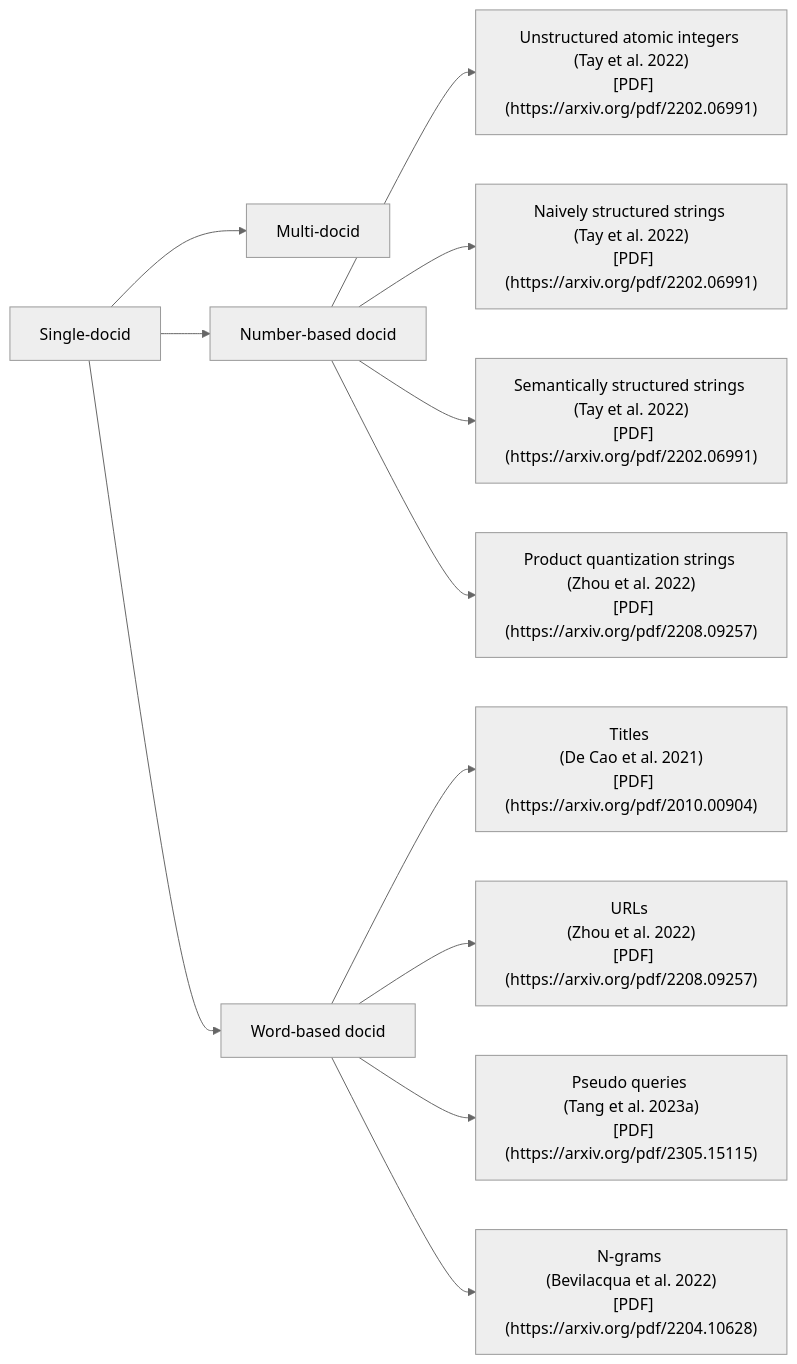
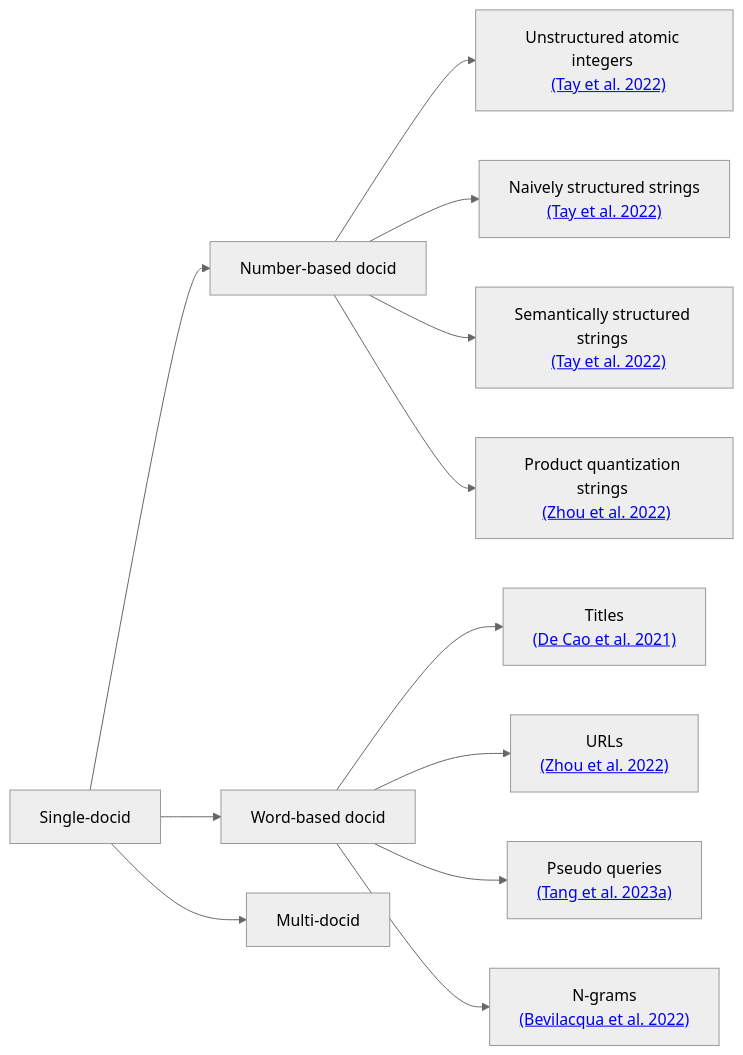
Before and after one commit to GenIR-notes/genir-notes: the diagram in docs/document_retrieval/roadmap.md, drawn with Mermaid (neutral theme). The commit also changed other lines of this file, not shown here.

````diff
--- a/docs/document_retrieval/roadmap.md
+++ b/docs/document_retrieval/roadmap.md
@@ -11,25 +11,25 @@
 ```mermaid
 flowchart LR
 
     %% Main categories
     A["Single-docid"]
-    B["Multi-docid"]
 
     A --> A1["Number-based docid"]
     A --> A2["Word-based docid"]
 
     %% Number-based docids breakdown
-    A1 --> A1a["Unstructured atomic integers <br> (Tay et al. 2022) <br> [PDF](https://arxiv.org/pdf/2202.06991)"]
-    A1 --> A1b["Naively structured strings <br> (Tay et al. 2022) <br> [PDF](https://arxiv.org/pdf/2202.06991)"]
-    A1 --> A1c["Semantically structured strings <br> (Tay et al. 2022) <br> [PDF](https://arxiv.org/pdf/2202.06991)"]
-    A1 --> A1d["Product quantization strings <br> (Zhou et al. 2022) <br> [PDF](https://arxiv.org/pdf/2208.09257)"]
+    A1 --> A1a["Unstructured atomic integers <br>  <a href='https://arxiv.org/pdf/2202.06991' target='_blank'>(Tay et al. 2022)</a>"]
+    A1 --> A1b["Naively structured strings <br>  <a href='https://arxiv.org/pdf/2202.06991' target='_blank'>(Tay et al. 2022)</a>"]
+    A1 --> A1c["Semantically structured strings <br>  <a href='https://arxiv.org/pdf/2202.06991' target='_blank'>(Tay et al. 2022)</a>"]
+    A1 --> A1d["Product quantization strings <br> <a href='https://arxiv.org/pdf/2208.09257' target='_blank'>(Zhou et al. 2022)</a>"]
 
     %% Word-based docids breakdown
-    A2 --> A2a["Titles <br> (De Cao et al. 2021) <br> [PDF](https://arxiv.org/pdf/2010.00904)"]
-    A2 --> A2b["URLs <br> (Zhou et al. 2022) <br> [PDF](https://arxiv.org/pdf/2208.09257)"]
-    A2 --> A2c["Pseudo queries <br> (Tang et al. 2023a) <br> [PDF](https://arxiv.org/pdf/2305.15115)"]
-    A2 --> A2d["N-grams <br> (Bevilacqua et al. 2022) <br> [PDF](https://arxiv.org/pdf/2204.10628)"]
+    A2 --> A2a["Titles <br> <a href='https://arxiv.org/pdf/2010.00904' target='_blank'>(De Cao et al. 2021)</a>"]
+    A2 --> A2b["URLs <br>  <a href='https://arxiv.org/pdf/2208.09257' target='_blank'>(Zhou et al. 2022)</a>"]
+    A2 --> A2c["Pseudo queries <br> <a href='https://arxiv.org/pdf/2305.15115' target='_blank'>(Tang et al. 2023a)</a>"]
+    A2 --> A2d["N-grams <br>  <a href='https://arxiv.org/pdf/2204.10628' target='_blank'>(Bevilacqua et al. 2022)</a>"]
 
     %% Single → Multiple
+    B["Multi-docid"]
     A --> B
 ```
````
